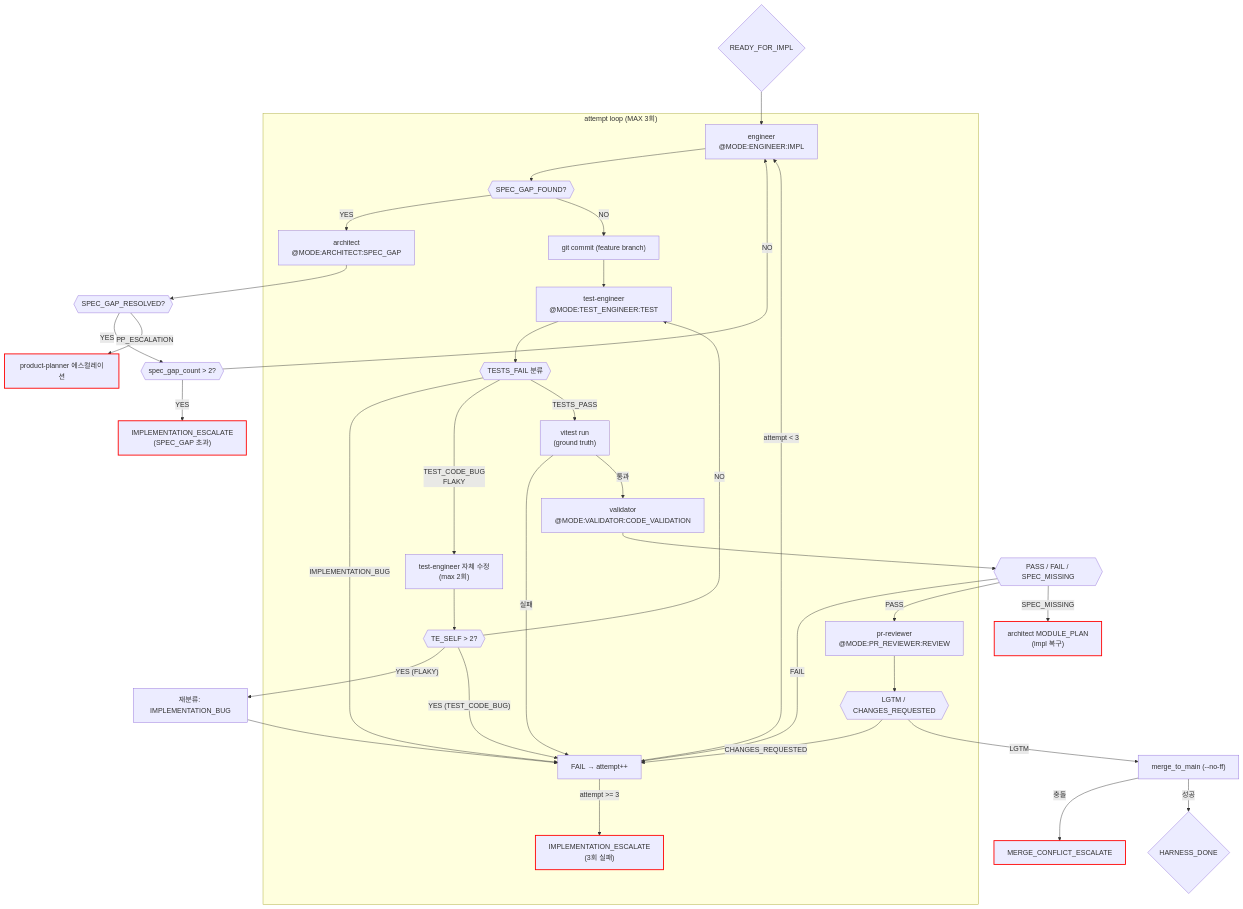
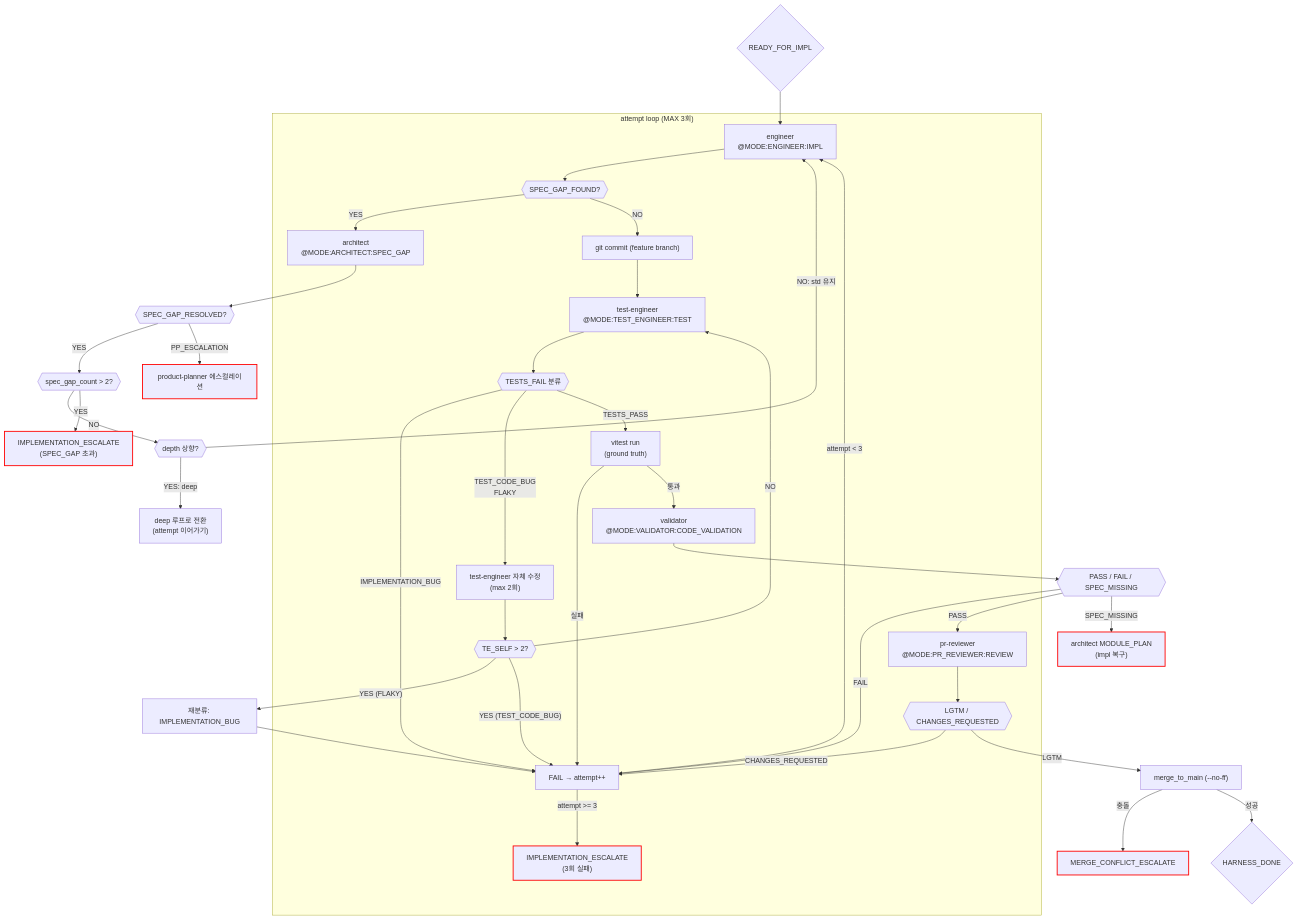
One commit to alruminum/ClaudeCodeAgentPrompt changed the diagram in orchestration/impl_std.md. Above: the diagram before and after it, drawn with Mermaid. The commit also changed other lines of this file and 39 other files, not shown here.

First line of the commit message:
refactor(harness): impl depth 4-way → 3-way 재설계 (simple/std/deep)

````diff
--- a/orchestration/impl_std.md
+++ b/orchestration/impl_std.md
@@ -19,66 +19,68 @@
 ```mermaid
 flowchart TD
     RFI{"READY_FOR_IMPL"}
 
     subgraph ATTEMPT_LOOP["attempt loop (MAX 3회)"]
         ENG["engineer\n@MODE:ENGINEER:IMPL"]
         SPEC_CHK{{"SPEC_GAP_FOUND?"}}
         ARC_SG["architect\n@MODE:ARCHITECT:SPEC_GAP"]
         COMMIT_EARLY["git commit (feature branch)"]
 
         TE["test-engineer\n@MODE:TEST_ENGINEER:TEST"]
         TF_CHK{{"TESTS_FAIL 분류"}}
         TE_SELF["test-engineer 자체 수정\n(max 2회)"]
         TE_LIMIT{{"TE_SELF > 2?"}}
 
         VITEST["vitest run\n(ground truth)"]
         VAL_CV["validator\n@MODE:VALIDATOR:CODE_VALIDATION"]
         PR_REV["pr-reviewer\n@MODE:PR_REVIEWER:REVIEW"]
         PR_RESULT{{"LGTM / CHANGES_REQUESTED"}}
         FAIL_ROUTE["FAIL → attempt++"]
         IMPL_ESC["IMPLEMENTATION_ESCALATE\n(3회 실패)"]:::escalation
     end
 
     MERGE["merge_to_main (--no-ff)"]
     MCE["MERGE_CONFLICT_ESCALATE"]:::escalation
     HD{"HARNESS_DONE"}
 
     RFI --> ENG
     ENG --> SPEC_CHK
     SPEC_CHK -->|YES| ARC_SG
     ARC_SG --> SG_RESULT{{"SPEC_GAP_RESOLVED?"}}
     SG_RESULT -->|YES| SG_LIMIT{{"spec_gap_count > 2?"}}
-    SG_LIMIT -->|NO| ENG
+    SG_LIMIT -->|NO| DEPTH_CHK{{"depth 상향?"}}
+    DEPTH_CHK -->|"YES: deep"| DEPTH_SWITCH["deep 루프로 전환\n(attempt 이어가기)"]
+    DEPTH_CHK -->|"NO: std 유지"| ENG
     SG_LIMIT -->|YES| IMPL_ESC_SG["IMPLEMENTATION_ESCALATE\n(SPEC_GAP 초과)"]:::escalation
     SG_RESULT -->|PP_ESCALATION| PP_ESC["product-planner 에스컬레이션"]:::escalation
 
     SPEC_CHK -->|NO| COMMIT_EARLY
     COMMIT_EARLY --> TE
     TE --> TF_CHK
     TF_CHK -->|IMPLEMENTATION_BUG| FAIL_ROUTE
     TF_CHK -->|"TEST_CODE_BUG\nFLAKY"| TE_SELF
     TE_SELF --> TE_LIMIT
     TE_LIMIT -->|NO| TE
     TE_LIMIT -->|"YES (FLAKY)"| RECLASS["재분류: IMPLEMENTATION_BUG"]
     TE_LIMIT -->|"YES (TEST_CODE_BUG)"| FAIL_ROUTE
     RECLASS --> FAIL_ROUTE
 
     TF_CHK -->|TESTS_PASS| VITEST
     VITEST -->|실패| FAIL_ROUTE
     VITEST -->|통과| VAL_CV
     VAL_CV --> VAL_RESULT{{"PASS / FAIL / SPEC_MISSING"}}
     VAL_RESULT -->|FAIL| FAIL_ROUTE
     VAL_RESULT -->|SPEC_MISSING| SM_RECOVER["architect MODULE_PLAN\n(impl 복구)"]:::escalation
     VAL_RESULT -->|PASS| PR_REV
     PR_REV --> PR_RESULT
     PR_RESULT -->|CHANGES_REQUESTED| FAIL_ROUTE
     PR_RESULT -->|LGTM| MERGE
 
     FAIL_ROUTE -->|"attempt < 3"| ENG
     FAIL_ROUTE -->|"attempt >= 3"| IMPL_ESC
 
     MERGE -->|충돌| MCE
     MERGE -->|성공| HD
 
     classDef escalation stroke:#f00,stroke-width:2px
 ```
````
